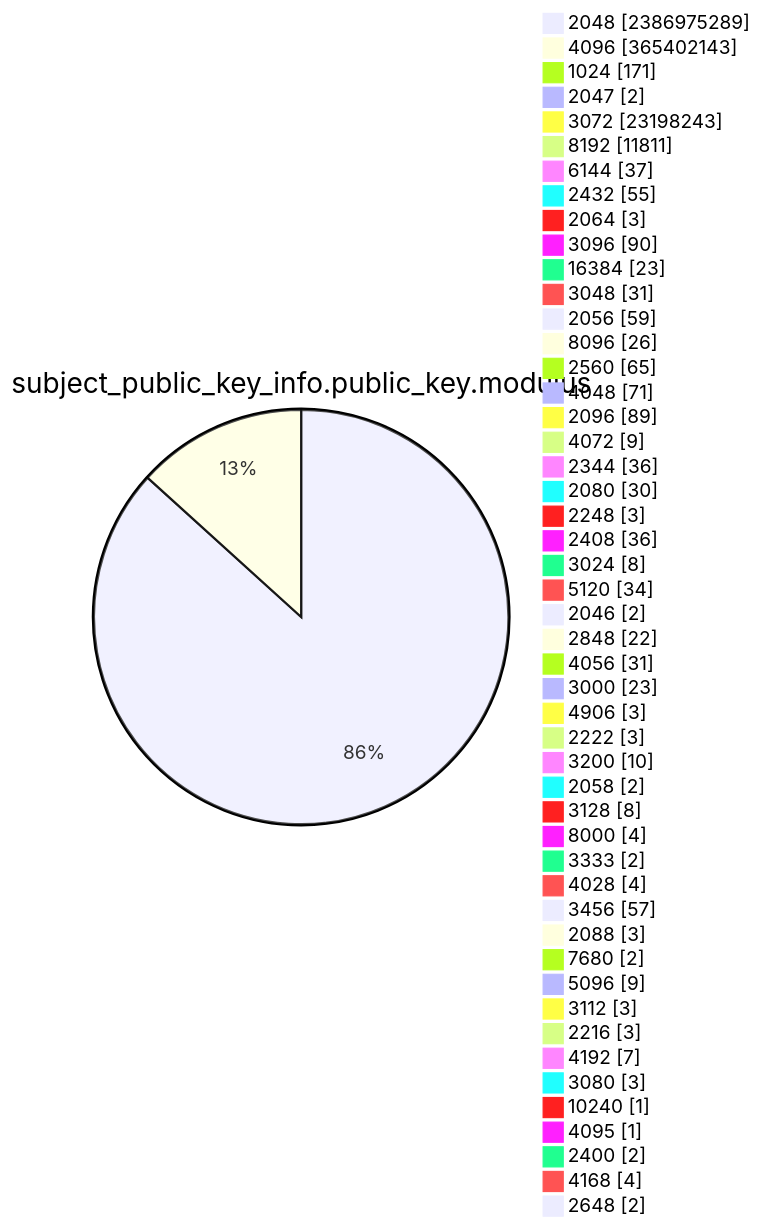
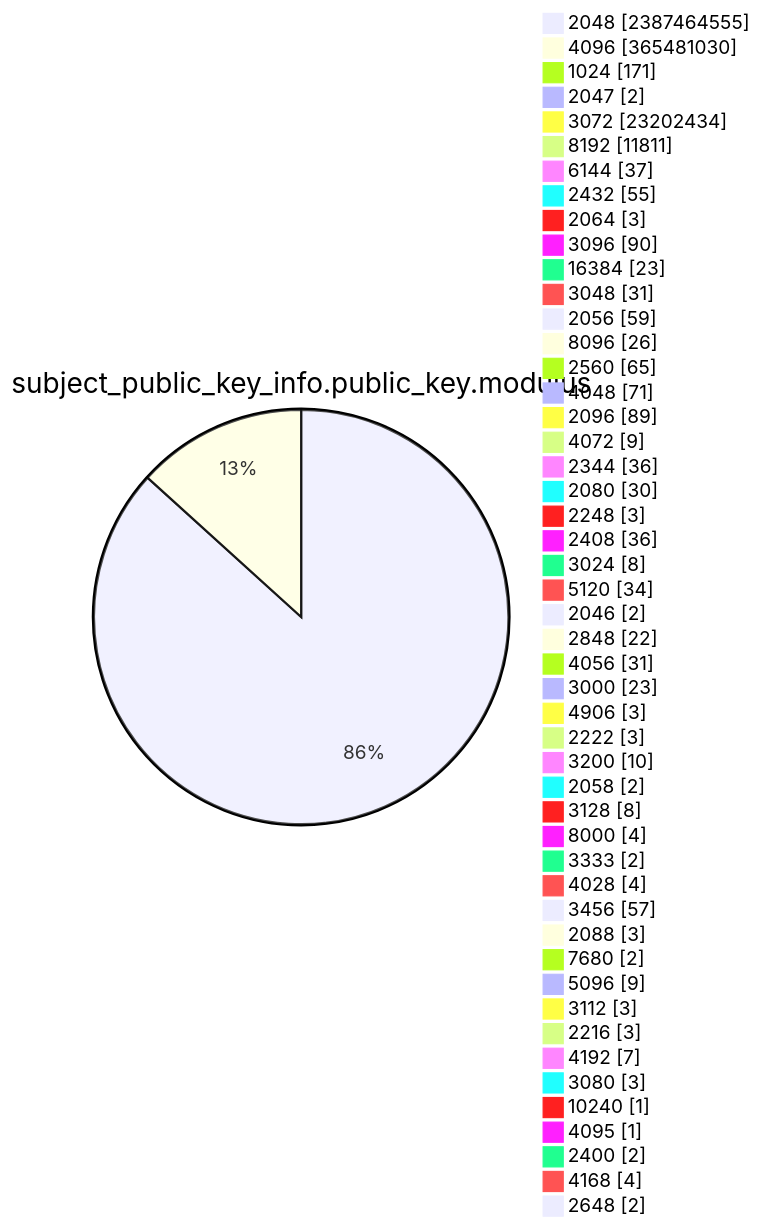
Diagram 13 of 15 in TOTAL/README.md (christiankrug/ctmonitor_visualization), drawn with Mermaid before and after one commit. The commit also changed other lines of this file, not shown here.

````diff
--- a/TOTAL/README.md
+++ b/TOTAL/README.md
@@ -4167,53 +4167,53 @@
 ```mermaid
 pie showData
 title subject_public_key_info.public_key.modulus
-"2048" :2386975289
-"4096" :365402143
+"2048" :2387464555
+"4096" :365481030
 "1024" :171
 "2047" :2
-"3072" :23198243
+"3072" :23202434
 "8192" :11811
 "6144" :37
 "2432" :55
 "2064" :3
 "3096" :90
 "16384" :23
 "3048" :31
 "2056" :59
 "8096" :26
 "2560" :65
 "4048" :71
 "2096" :89
 "4072" :9
 "2344" :36
 "2080" :30
 "2248" :3
 "2408" :36
 "3024" :8
 "5120" :34
 "2046" :2
 "2848" :22
 "4056" :31
 "3000" :23
 "4906" :3
 "2222" :3
 "3200" :10
 "2058" :2
 "3128" :8
 "8000" :4
 "3333" :2
 "4028" :4
 "3456" :57
 "2088" :3
 "7680" :2
 "5096" :9
 "3112" :3
 "2216" :3
 "4192" :7
 "3080" :3
 "10240" :1
 "4095" :1
 "2400" :2
 "4168" :4
 "2648" :2
 ```
````
